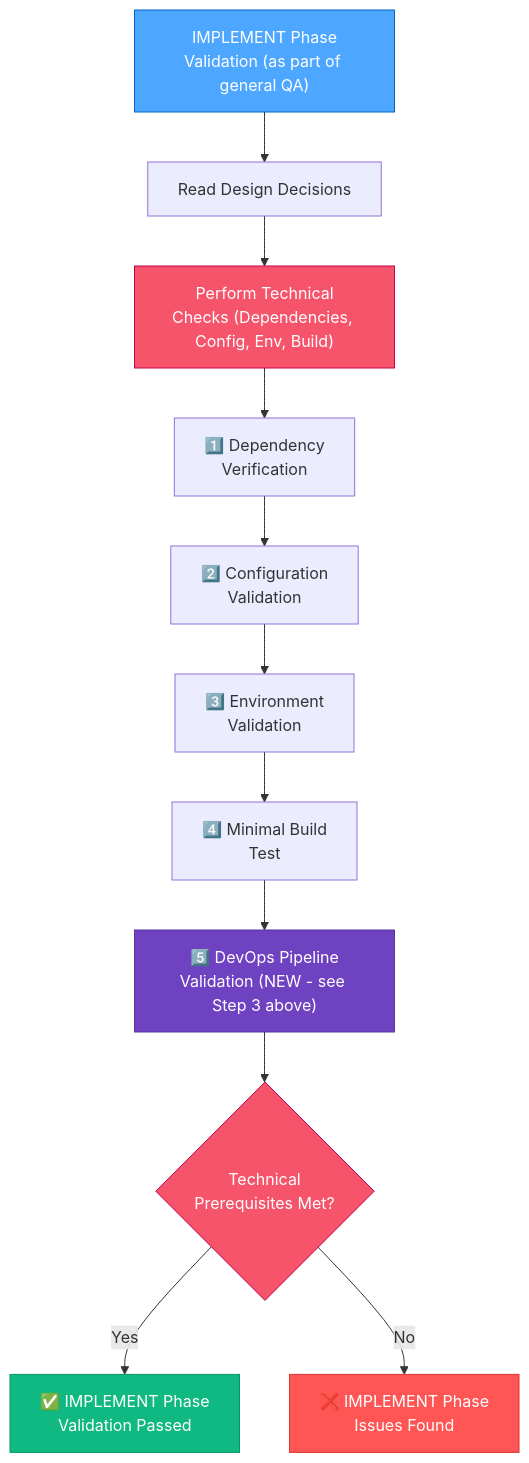
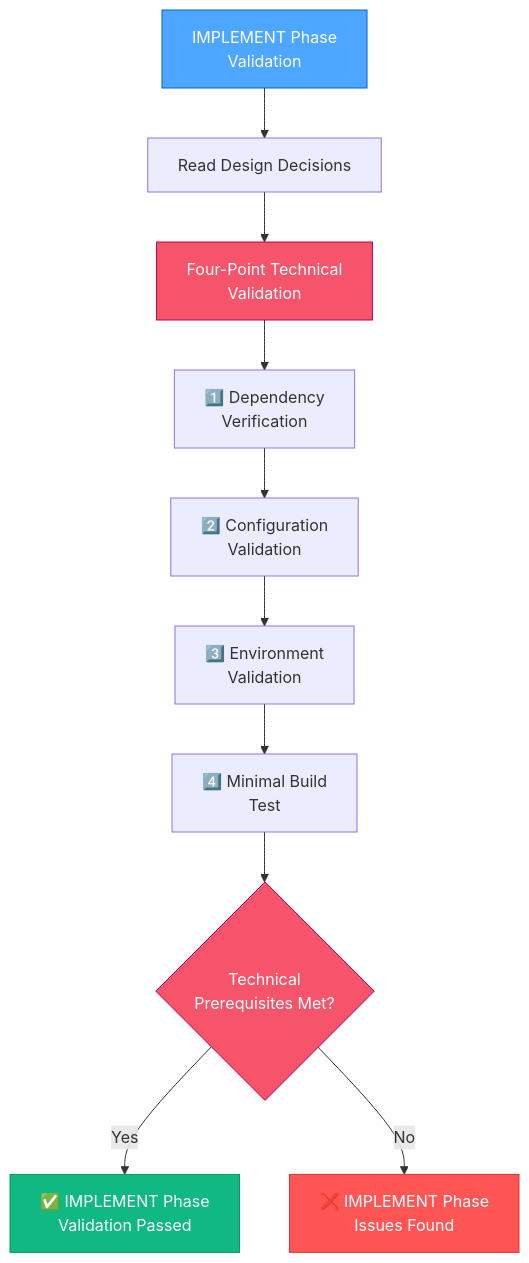
Before and after one commit to ms-moar/cursor-tools: the ninth of 10 diagrams in .cursor/rules/isolation_rules/visual-maps/qa-mode-map.mdc, drawn with Mermaid. The commit also changed other lines of this file and 36 other files, not shown here.

````diff
--- a/.cursor/rules/isolation_rules/visual-maps/qa-mode-map.mdc
+++ b/.cursor/rules/isolation_rules/visual-maps/qa-mode-map.mdc
@@ -292,22 +215,20 @@
 ```mermaid
 graph TD
-    IMPLEMENT["IMPLEMENT Phase<br>Validation (as part of general QA)"] --> ReadDesign["Read Design Decisions"]
-    ReadDesign --> FourChecks["Perform Technical<br>Checks (Dependencies, Config, Env, Build)"]
+    IMPLEMENT["IMPLEMENT Phase<br>Validation"] --> ReadDesign["Read Design Decisions"]
+    ReadDesign --> FourChecks["Four-Point Technical<br>Validation"]
     
     FourChecks --> DepCheck["1️⃣ Dependency<br>Verification"]
     DepCheck --> ConfigCheck["2️⃣ Configuration<br>Validation"]
     ConfigCheck --> EnvCheck["3️⃣ Environment<br>Validation"]
     EnvCheck --> MinBuildCheck["4️⃣ Minimal Build<br>Test"]
-    MinBuildCheck --> DevOpsCheck["5️⃣ DevOps Pipeline<br>Validation (NEW - see Step 3 above)"]
     
-    DevOpsCheck --> IMPLEMENTConsistency{"Technical<br>Prerequisites Met?"}
+    MinBuildCheck --> IMPLEMENTConsistency{"Technical<br>Prerequisites Met?"}
     IMPLEMENTConsistency -->|"Yes"| PassIMPLEMENT["✅ IMPLEMENT Phase<br>Validation Passed"]
     IMPLEMENTConsistency -->|"No"| FailIMPLEMENT["❌ IMPLEMENT Phase<br>Issues Found"]
     
     style IMPLEMENT fill:#4da6ff,stroke:#0066cc,color:white
     style FourChecks fill:#f6546a,stroke:#c30052,color:white
-    style DevOpsCheck fill:#6f42c1,stroke:#5a32a3,color:white
     style IMPLEMENTConsistency fill:#f6546a,stroke:#c30052,color:white
     style PassIMPLEMENT fill:#10b981,stroke:#059669,color:white
     style FailIMPLEMENT fill:#ff5555,stroke:#dd3333,color:white
 ```
````
